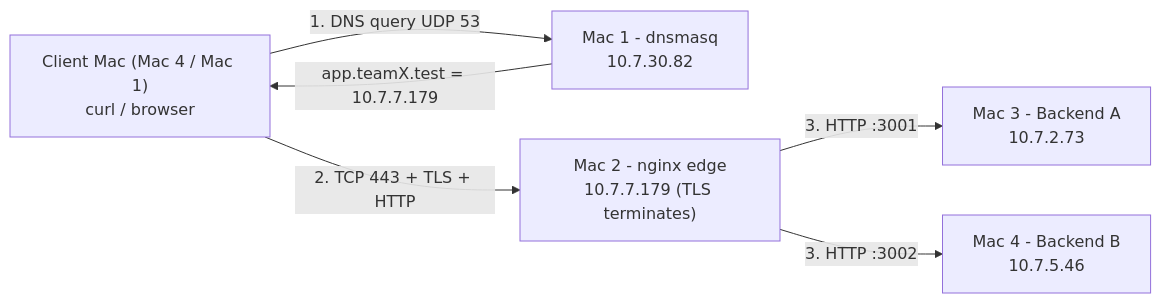
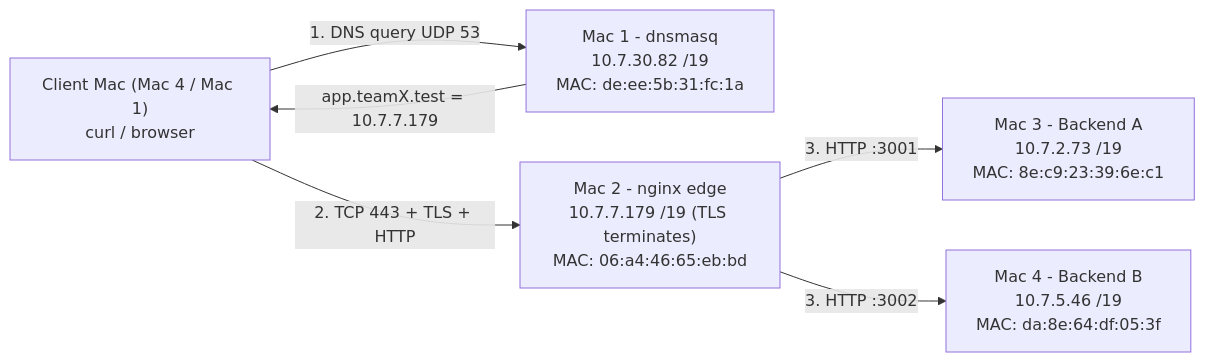
The diagram in docs/architecture.md (Ario2006/CN_Project), drawn with Mermaid before and after one commit. The commit also changed other lines of this file and 13 other files, not shown here.

````diff
--- a/docs/architecture.md
+++ b/docs/architecture.md
@@ -4,8 +4,8 @@
 ```mermaid
 flowchart LR
-  C["Client Mac (Mac 4 / Mac 1)<br/>curl / browser"] -- "1. DNS query UDP 53" --> D["Mac 1 - dnsmasq<br/>10.7.30.82"]
+  C["Client Mac (Mac 4 / Mac 1)<br/>curl / browser"] -- "1. DNS query UDP 53" --> D["Mac 1 - dnsmasq<br/>10.7.30.82 /19<br/>MAC: de:ee:5b:31:fc:1a"]
   D -- "app.teamX.test = 10.7.7.179" --> C
-  C -- "2. TCP 443 + TLS + HTTP" --> N["Mac 2 - nginx edge<br/>10.7.7.179 (TLS terminates)"]
-  N -- "3. HTTP :3001" --> A["Mac 3 - Backend A<br/>10.7.2.73"]
-  N -- "3. HTTP :3002" --> B["Mac 4 - Backend B<br/>10.7.5.46"]
+  C -- "2. TCP 443 + TLS + HTTP" --> N["Mac 2 - nginx edge<br/>10.7.7.179 /19 (TLS terminates)<br/>MAC: 06:a4:46:65:eb:bd"]
+  N -- "3. HTTP :3001" --> A["Mac 3 - Backend A<br/>10.7.2.73 /19<br/>MAC: 8e:c9:23:39:6e:c1"]
+  N -- "3. HTTP :3002" --> B["Mac 4 - Backend B<br/>10.7.5.46 /19<br/>MAC: da:8e:64:df:05:3f"]
 ```
````
